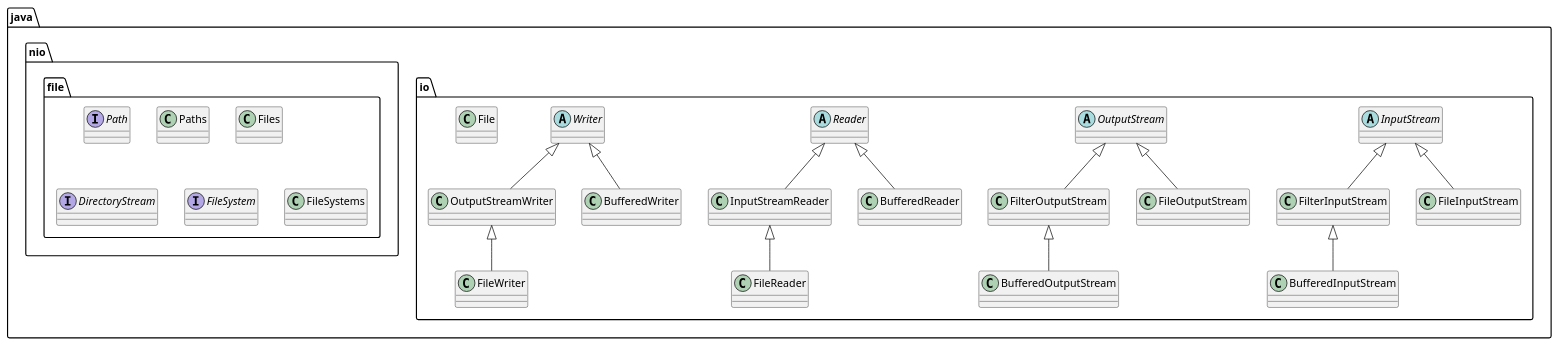
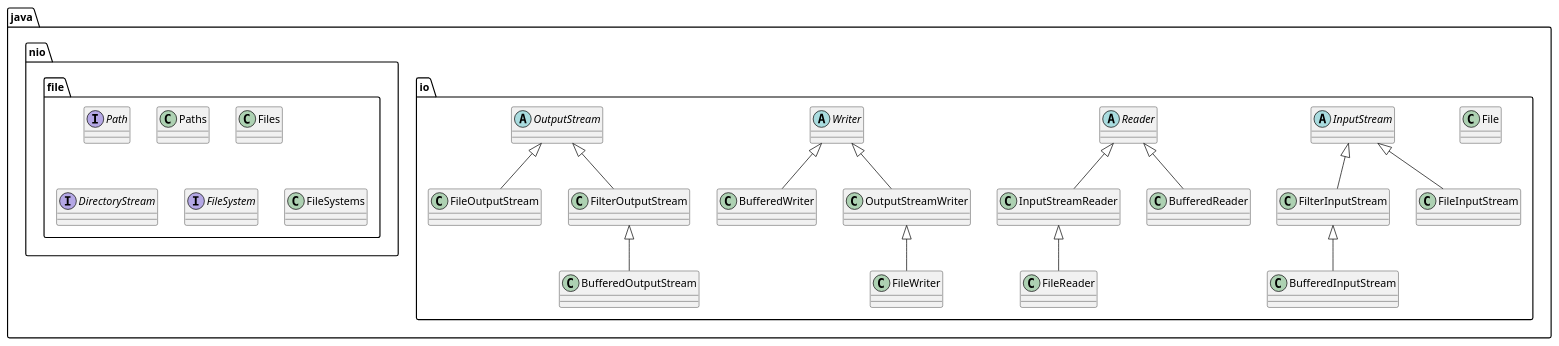
Before and after one commit to caioamorim7/poo: the diagram in lectures/examples/12-file/doc/file.plantuml, drawn with PlantUML. The commit also changed 6 other files, not shown here.

```diff
--- a/lectures/examples/12-file/doc/file.plantuml
+++ b/lectures/examples/12-file/doc/file.plantuml
@@ -1,36 +1,43 @@
 @startuml
 skinparam classAttributeIconSize 0
 
 
 package "java.io" {
 
+    class File
+
     abstract class InputStream
-    abstract class OutputStream
+
+    class FilterInputStream extends InputStream
+    class BufferedInputStream extends FilterInputStream
+    class FileInputStream extends InputStream
+
     abstract class Reader
+    
+    class InputStreamReader extends Reader
+    class FileReader extends InputStreamReader
+    class BufferedReader extends Reader
+
     abstract class Writer
 
-    class FilterInputStream extends InputStream
+    class BufferedWriter extends Writer
+    class OutputStreamWriter extends Writer
+    class FileWriter extends OutputStreamWriter
+
+    abstract class OutputStream
+
+    class FileOutputStream extends OutputStream
     class FilterOutputStream extends OutputStream
-    class InputStreamReader extends Reader
-    class OutputStreamWriter extends Writer
-    class File
-    class FileInputStream extends InputStream
-    class FileOutputStream extends OutputStream
-    class FileReader extends InputStreamReader
-    class FileWriter extends OutputStreamWriter
-    class BufferedInputStream extends FilterInputStream
     class BufferedOutputStream extends FilterOutputStream
-    class BufferedReader extends Reader
-    class BufferedWriter extends Writer
 }
 
 package "java.nio.file" {
     interface Path
     class Paths
     class Files
     interface DirectoryStream
     interface FileSystem
     class FileSystems
 }
 
 @enduml
```
